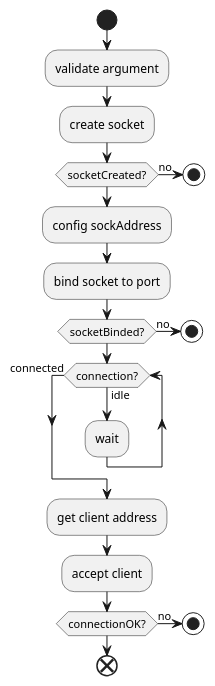
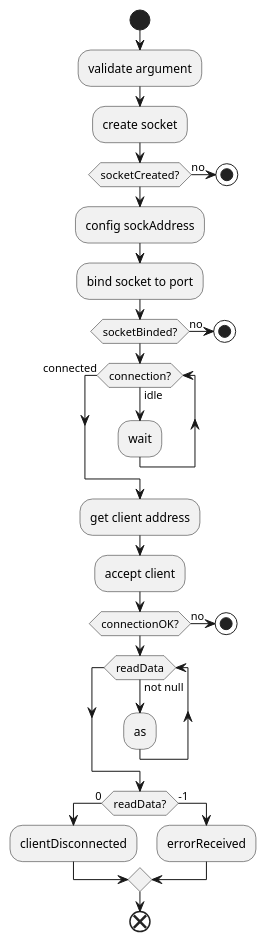
Before and after one commit to JavierReyes945/stnemucod: the diagram in img/activity-diag-eth.pu, drawn with PlantUML. The commit also changed 3 other files, not shown here.

```diff
--- a/img/activity-diag-eth.pu
+++ b/img/activity-diag-eth.pu
@@ -1,30 +1,38 @@
 @startuml
 start
 
 :validate argument;
 
 :create socket;
 if (socketCreated?) then (no)
     stop
 endif
 
 :config sockAddress;
 :bind socket to port;
 if (socketBinded?) then (no)
     stop
 endif
 
 while (connection?) is (idle)
     :wait;
 endwhile (connected)
 
 :get client address;
 :accept client;
 if (connectionOK?) then (no)
     stop
 endif
 
+while (readData) is (not null)
+    :as;
+endwhile
 
+if (readData?) then (0)
+    :clientDisconnected;
+else (-1)
+    :errorReceived;
+endif
 
 end
 @enduml
```
